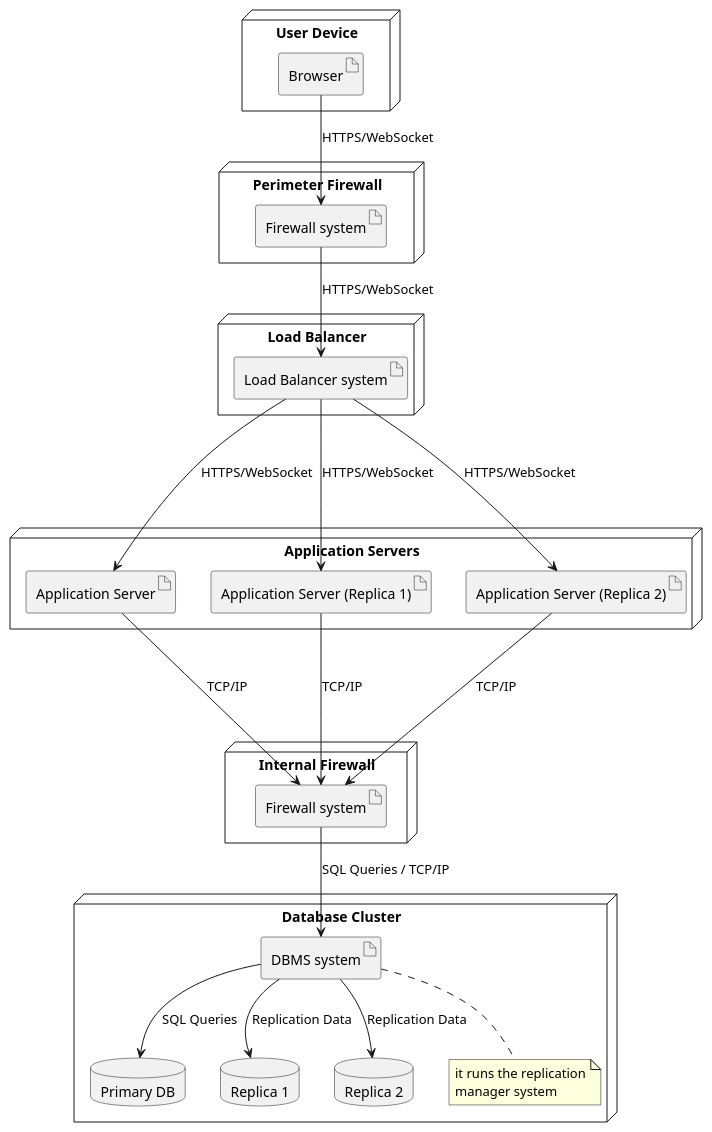
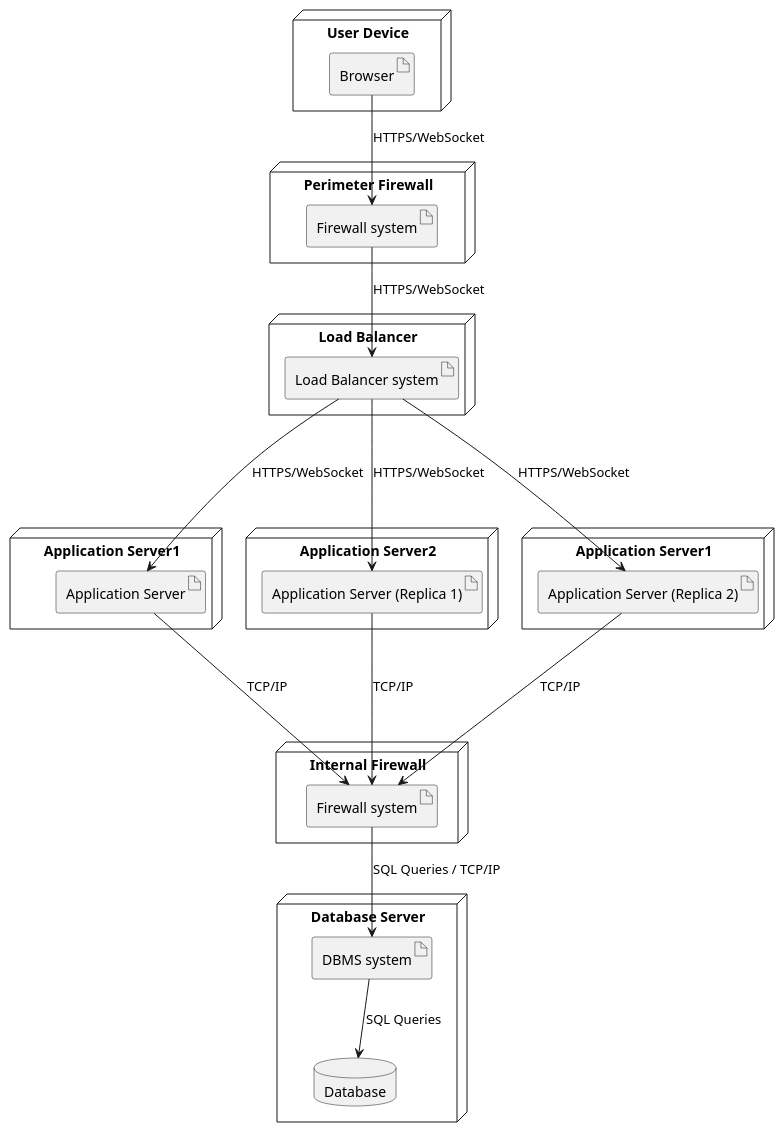
The diagram in DD/Architectural_design/uml_diagrams/deployment_diagram.puml (matti8702/R_and_DD_project_SE2), drawn with PlantUML before and after one commit. The commit also changed 1 other file, not shown here.

Commit message:
fix: fix deployment diagram

```diff
--- a/DD/Architectural_design/uml_diagrams/deployment_diagram.puml
+++ b/DD/Architectural_design/uml_diagrams/deployment_diagram.puml
@@ -1,48 +1,49 @@
 @startuml deployment_diagram
 
 node "User Device" {
   artifact "Browser" as UserBrowser
 }
 
 node "Perimeter Firewall" {
   artifact "Firewall system" as PerimeterFW
 }
 
 node "Load Balancer" as LoadBalancer {
   artifact "Load Balancer system" as LBSystem
 }
 
-node "Application Servers" as AppServers {
+node "Application Server1" as AppServer1N {
   artifact "Application Server" as AppServer1
+}
+
+node "Application Server2" as AppServer2N {
   artifact "Application Server (Replica 1)" as AppServer2
+}
+
+node "Application Server1" as AppServer3N {
   artifact "Application Server (Replica 2)" as AppServer3
 }
 
-node "Database Cluster" {
+node "Database Server" as DBN {
   artifact "DBMS system" as DBMS
-  database "Primary DB" as PrimaryDB
-  database "Replica 1" as ReplicaDB1
-  database "Replica 2" as ReplicaDB2
-  note bottom of DBMS: it runs the replication\nmanager system
+  database "Database" as DB
 }
 
 node "Internal Firewall" {
   artifact "Firewall system" as InternalFW
 }
 
 
 UserBrowser --> PerimeterFW : "HTTPS/WebSocket"
 PerimeterFW --> LBSystem : "HTTPS/WebSocket"
 LBSystem ---> AppServer1 : "HTTPS/WebSocket"
 LBSystem ---> AppServer2 : "HTTPS/WebSocket"
 LBSystem ---> AppServer3 : "HTTPS/WebSocket"
 
 AppServer1 ---> InternalFW : "TCP/IP"
 AppServer2 ---> InternalFW : "TCP/IP"
 AppServer3 ---> InternalFW : "TCP/IP"
 
 InternalFW --> DBMS : "SQL Queries / TCP/IP"
-DBMS --> PrimaryDB : SQL Queries
-DBMS --> ReplicaDB1 : "Replication Data"
-DBMS --> ReplicaDB2 : "Replication Data"
+DBMS --> DB : SQL Queries
 @enduml
```
